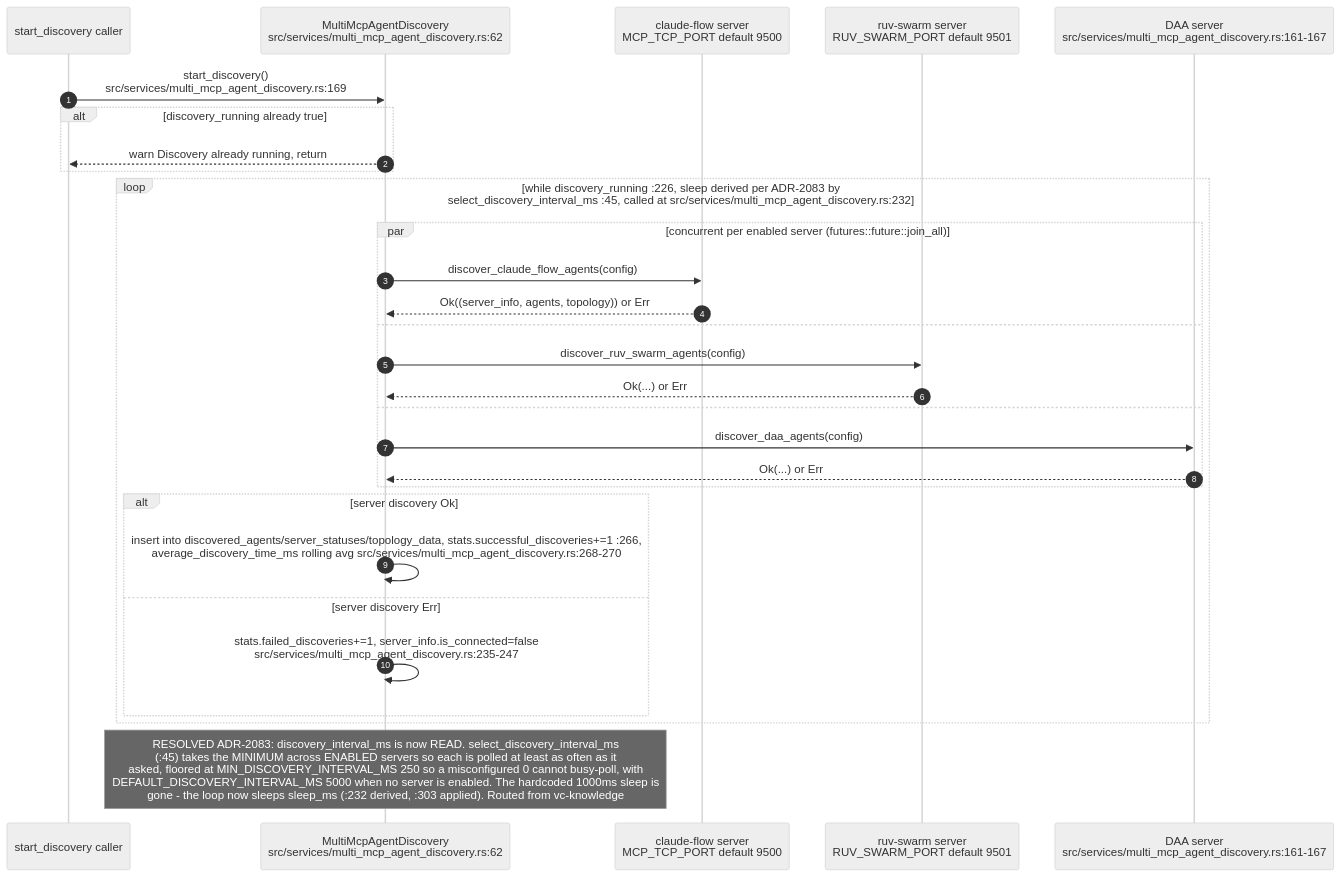
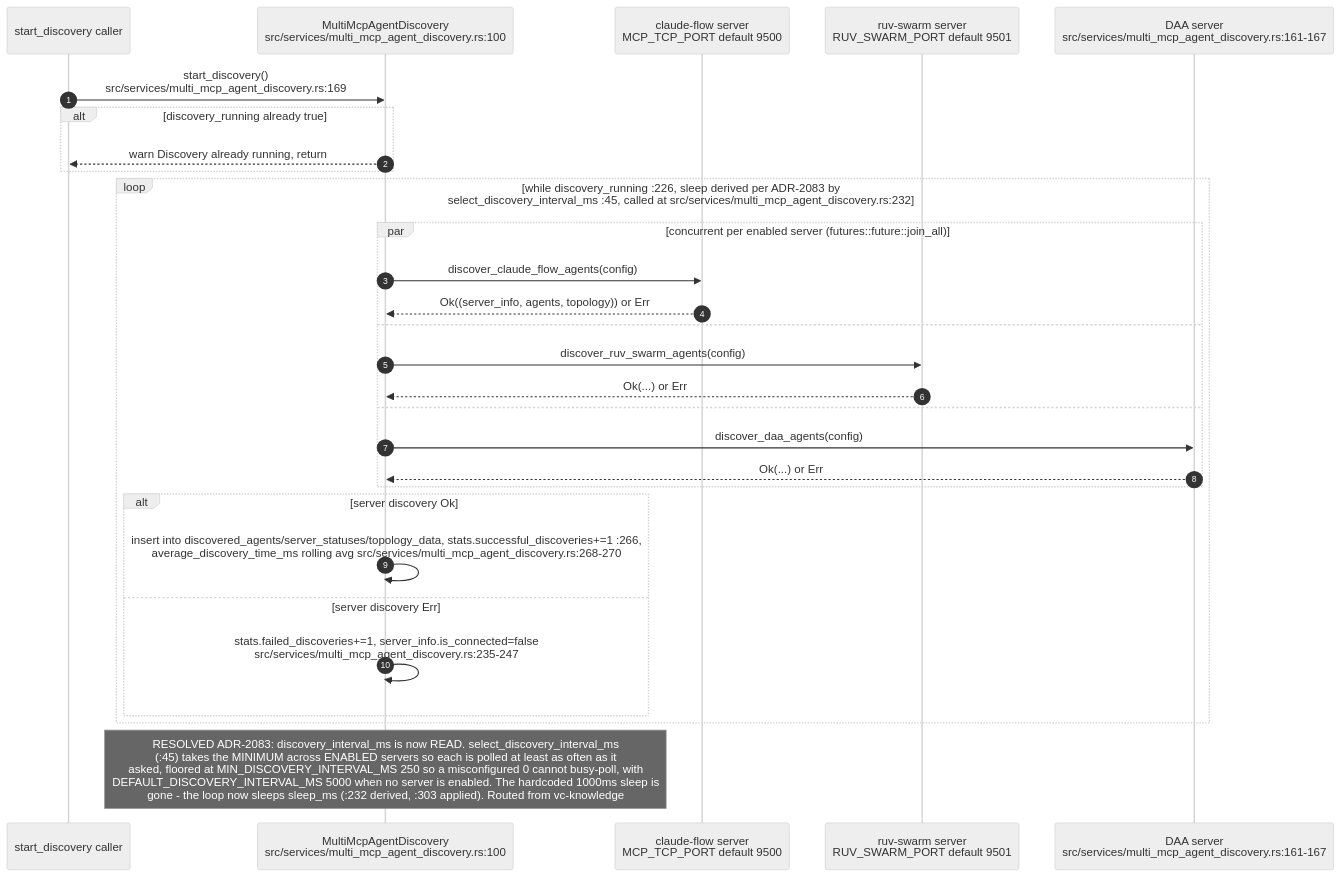
Before and after one commit to DreamLab-AI/VisionFlow: the ninth of 12 diagrams in docs/diagrams/estate/02-agent-events-agentbox-to-visionclaw.md, drawn with Mermaid (neutral theme). The commit also changed other lines of this file and 94 other files, not shown here.

First line of the commit message:
docs(diagrams): re-verify 130 topics against 2 October HEADs

````diff
--- a/docs/diagrams/estate/02-agent-events-agentbox-to-visionclaw.md
+++ b/docs/diagrams/estate/02-agent-events-agentbox-to-visionclaw.md
@@ -401,32 +401,32 @@
 ```mermaid
 sequenceDiagram
     autonumber
     participant CALLER as start_discovery caller
-    participant DISC as MultiMcpAgentDiscovery<br/>src/services/multi_mcp_agent_discovery.rs:62
+    participant DISC as MultiMcpAgentDiscovery<br/>src/services/multi_mcp_agent_discovery.rs:100
     participant CF as claude-flow server<br/>MCP_TCP_PORT default 9500
     participant RS as ruv-swarm server<br/>RUV_SWARM_PORT default 9501
     participant DAA as DAA server<br/>src/services/multi_mcp_agent_discovery.rs:161-167
 
     CALLER->>DISC: start_discovery()<br/>src/services/multi_mcp_agent_discovery.rs:169
     alt discovery_running already true
         DISC-->>CALLER: warn Discovery already running, return
     end
     loop while discovery_running :226, sleep derived per ADR-2083 by<br/>select_discovery_interval_ms :45, called at src/services/multi_mcp_agent_discovery.rs:232
         par concurrent per enabled server (futures::future::join_all)
             DISC->>CF: discover_claude_flow_agents(config)
             CF-->>DISC: Ok((server_info, agents, topology)) or Err
         and
             DISC->>RS: discover_ruv_swarm_agents(config)
             RS-->>DISC: Ok(...) or Err
         and
             DISC->>DAA: discover_daa_agents(config)
             DAA-->>DISC: Ok(...) or Err
         end
         alt server discovery Ok
             DISC->>DISC: insert into discovered_agents/server_statuses/topology_data, stats.successful_discoveries+=1 :266,<br/>average_discovery_time_ms rolling avg src/services/multi_mcp_agent_discovery.rs:268-270
         else server discovery Err
             DISC->>DISC: stats.failed_discoveries+=1, server_info.is_connected=false<br/>src/services/multi_mcp_agent_discovery.rs:235-247
         end
     end
     Note over DISC: RESOLVED ADR-2083: discovery_interval_ms is now READ. select_discovery_interval_ms<br/>(:45) takes the MINIMUM across ENABLED servers so each is polled at least as often as it<br/>asked, floored at MIN_DISCOVERY_INTERVAL_MS 250 so a misconfigured 0 cannot busy-poll, with<br/>DEFAULT_DISCOVERY_INTERVAL_MS 5000 when no server is enabled. The hardcoded 1000ms sleep is<br/>gone - the loop now sleeps sleep_ms (:232 derived, :303 applied). Routed from vc-knowledge
 ```
````
